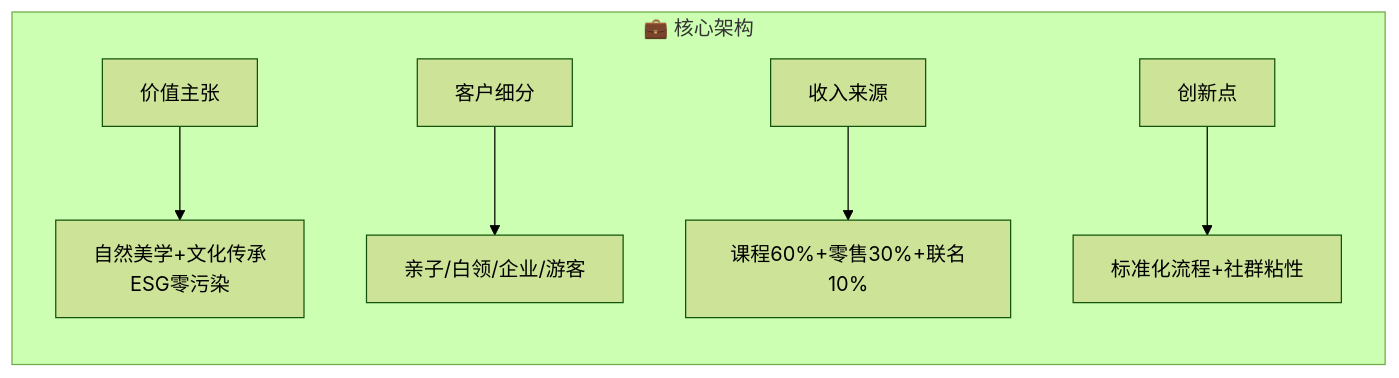
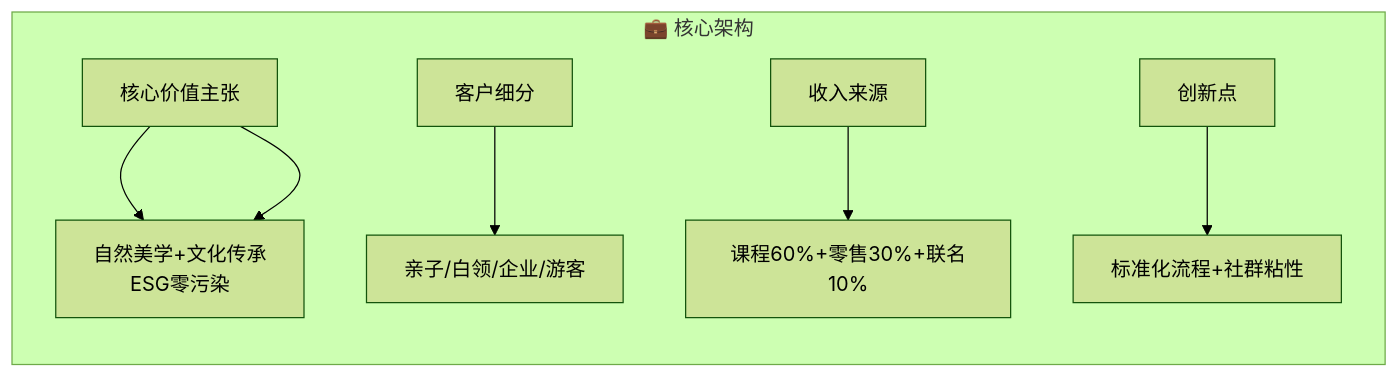
One commit to NaturalRice/git-demo changed the second of 3 diagrams in README.md. Above: the diagram before and after it, drawn with Mermaid (forest theme).

````diff
--- a/README.md
+++ b/README.md
@@ -17,10 +17,11 @@
 ```mermaid
 flowchart LR
     subgraph 商业模式["💼 核心架构"]
         direction TB
-        价值主张 --> 差异化["自然美学+文化传承\nESG零污染"]
+        核心价值主张 --> 差异化["自然美学+文化传承\nESG零污染"]
+        核心价值主张 --> 差异化["自然美学+文化传承\nESG零污染"]
         客户细分 --> 需求["亲子/白领/企业/游客"]
         收入来源 --> 渠道["课程60%+零售30%+联名10%"]
         创新点 --> 运营["标准化流程+社群粘性"]
     end
 ```
````
